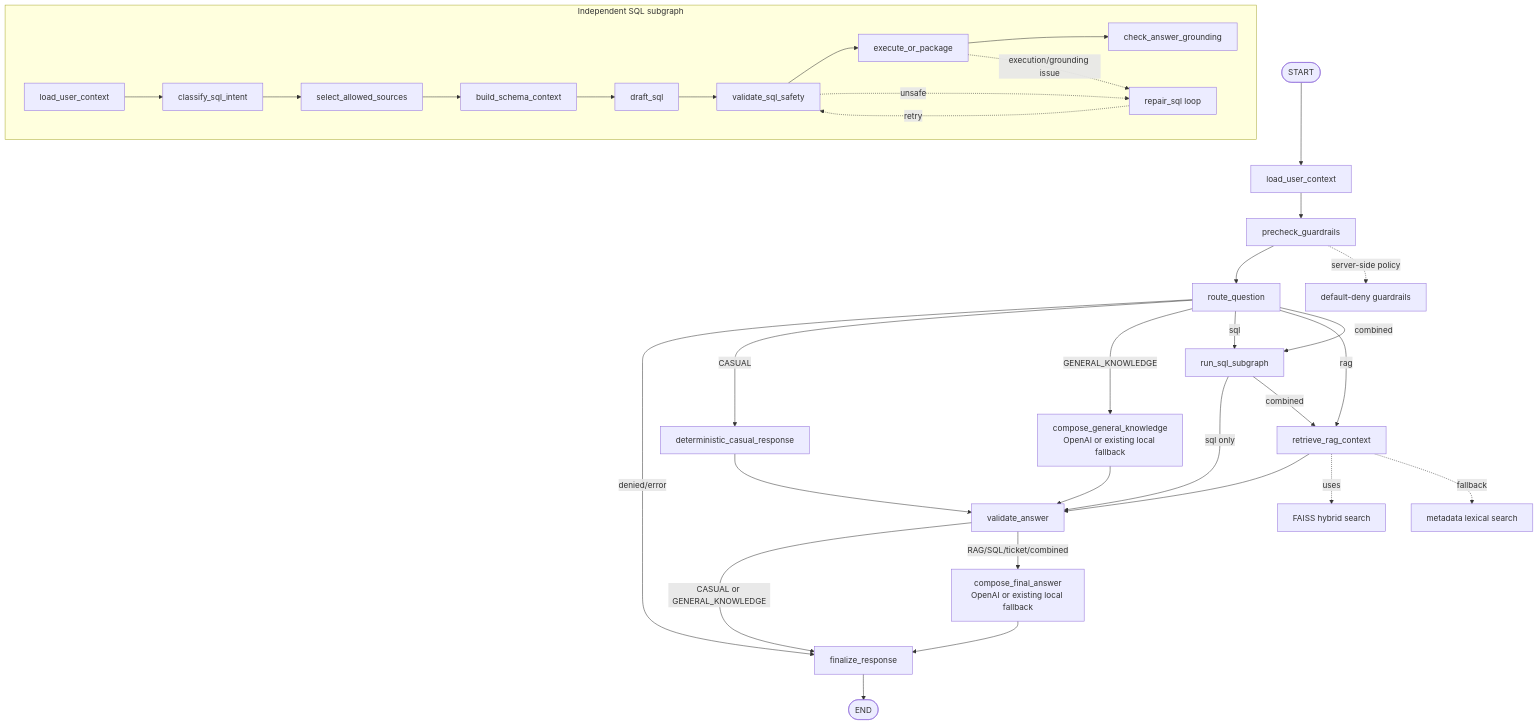
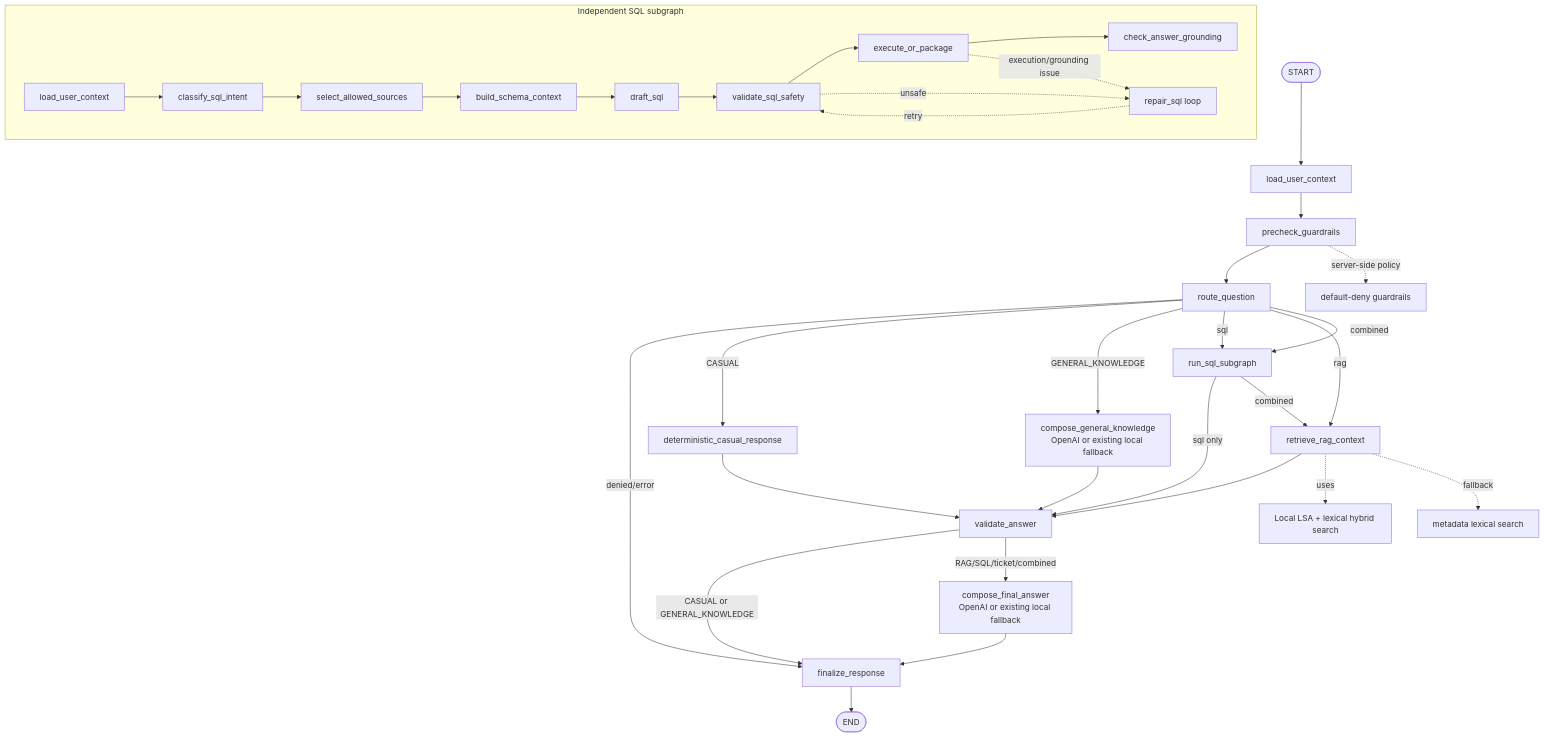
Before and after one commit to Dawood-Imran/NexusOne: the diagram in docs/architecture/phase3_orchestrator_graph.mmd, drawn with Mermaid. The commit also changed 23 other files, not shown here.

```diff
--- a/docs/architecture/phase3_orchestrator_graph.mmd
+++ b/docs/architecture/phase3_orchestrator_graph.mmd
@@ -1,41 +1,41 @@
 flowchart TD
   START([START]) --> LOAD[load_user_context]
   LOAD --> PRECHECK[precheck_guardrails]
   PRECHECK --> ROUTE[route_question]
 
   ROUTE -- denied/error --> FINAL[finalize_response]
   ROUTE -- CASUAL --> CASUAL[deterministic_casual_response]
   ROUTE -- GENERAL_KNOWLEDGE --> GENERAL[compose_general_knowledge<br/>OpenAI or existing local fallback]
   ROUTE -- sql --> SQL[run_sql_subgraph]
   ROUTE -- rag --> RAG[retrieve_rag_context]
   ROUTE -- combined --> SQL
 
   CASUAL --> VALIDATE[validate_answer]
   GENERAL --> VALIDATE
 
   SQL -- sql only --> VALIDATE[validate_answer]
   SQL -- combined --> RAG
   RAG --> VALIDATE
   VALIDATE -- CASUAL or GENERAL_KNOWLEDGE --> FINAL
   VALIDATE -- RAG/SQL/ticket/combined --> COMPOSE[compose_final_answer<br/>OpenAI or existing local fallback]
   COMPOSE --> FINAL
   FINAL --> END([END])
 
   subgraph SQLSubgraph["Independent SQL subgraph"]
     SQL_LOAD[load_user_context]
     SQL_INTENT[classify_sql_intent]
     SQL_SOURCES[select_allowed_sources]
     SQL_SCHEMA[build_schema_context]
     SQL_DRAFT[draft_sql]
     SQL_VALIDATE[validate_sql_safety]
     SQL_EXEC[execute_or_package]
     SQL_GROUND[check_answer_grounding]
     SQL_REPAIR[repair_sql loop]
     SQL_LOAD --> SQL_INTENT --> SQL_SOURCES --> SQL_SCHEMA --> SQL_DRAFT --> SQL_VALIDATE --> SQL_EXEC --> SQL_GROUND
     SQL_VALIDATE -. unsafe .-> SQL_REPAIR -. retry .-> SQL_VALIDATE
     SQL_EXEC -. execution/grounding issue .-> SQL_REPAIR
   end
 
-  RAG -. uses .-> FAISS[FAISS hybrid search]
+  RAG -. uses .-> LSA[Local LSA + lexical hybrid search]
   RAG -. fallback .-> LEXICAL[metadata lexical search]
   PRECHECK -. server-side policy .-> GUARDRAILS[default-deny guardrails]
```
